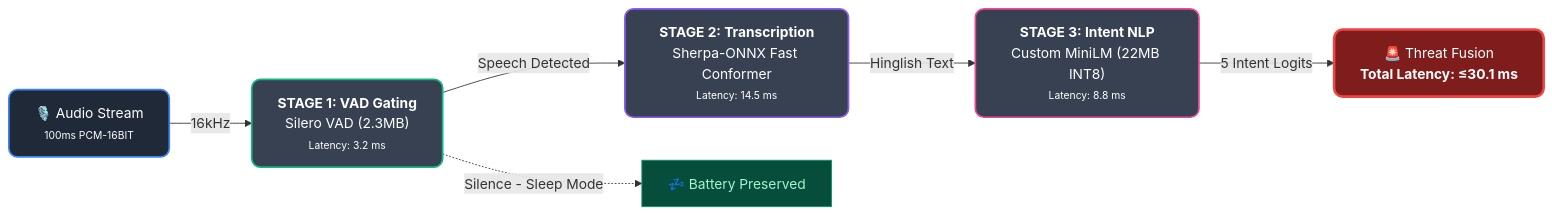
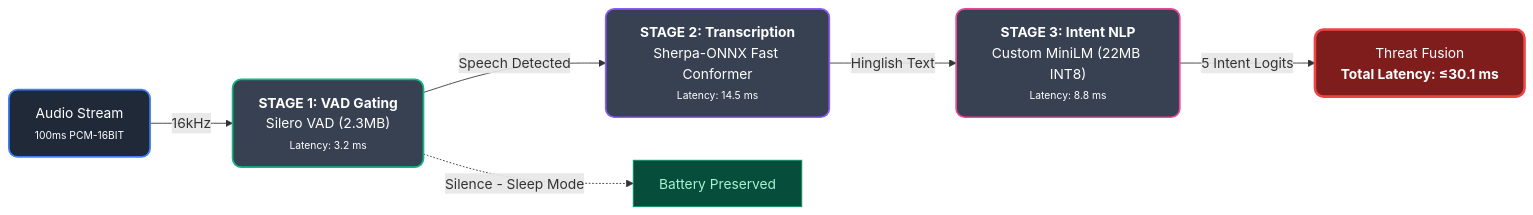
The diagram in README.md (Dilipsahu01/CyberGuard_AI_Application), drawn with Mermaid before and after one commit. The commit also changed other lines of this file, not shown here.

````diff
--- a/README.md
+++ b/README.md
@@ -32,28 +32,28 @@
 ```mermaid
 graph LR
     %% Styling Classes
     classDef input fill:#1f2937,stroke:#3b82f6,stroke-width:2px,color:#fff,rx:10px,ry:10px
     classDef vad fill:#374151,stroke:#10b981,stroke-width:2px,color:#fff,rx:10px,ry:10px
     classDef asr fill:#374151,stroke:#8b5cf6,stroke-width:2px,color:#fff,rx:10px,ry:10px
     classDef nlp fill:#374151,stroke:#ec4899,stroke-width:2px,color:#fff,rx:10px,ry:10px
     classDef output fill:#7f1d1d,stroke:#ef4444,stroke-width:3px,color:#fff,rx:10px,ry:10px
     classDef fast fill:#064e3b,stroke:#059669,stroke-width:1px,color:#a7f3d0
 
     %% Nodes
-    A["🎙️ Audio Stream<br/><span style='font-size:12px;color:#9ca3af'>100ms PCM-16BIT</span>"]:::input
+    A["Audio Stream<br/><span style='font-size:12px;color:#9ca3af'>100ms PCM-16BIT</span>"]:::input
     
     B["<b>STAGE 1: VAD Gating</b><br/>Silero VAD (2.3MB)<br/><span style='font-size:12px;color:#10b981'>Latency: 3.2 ms</span>"]:::vad
     
     C["<b>STAGE 2: Transcription</b><br/>Sherpa-ONNX Fast Conformer<br/><span style='font-size:12px;color:#a78bfa'>Latency: 14.5 ms</span>"]:::asr
     
     D["<b>STAGE 3: Intent NLP</b><br/>Custom MiniLM (22MB INT8)<br/><span style='font-size:12px;color:#f472b6'>Latency: 8.8 ms</span>"]:::nlp
     
-    E["🚨 Threat Fusion<br/><b>Total Latency: ≤30.1 ms</b>"]:::output
+    E["Threat Fusion<br/><b>Total Latency: ≤30.1 ms</b>"]:::output
 
     %% Connections
     A -->|16kHz| B
     B -->|Speech Detected| C
-    B -.->|Silence - Sleep Mode| Z["💤 Battery Preserved"]:::fast
+    B -.->|Silence - Sleep Mode| Z["Battery Preserved"]:::fast
     C -->|Hinglish Text| D
     D -->|5 Intent Logits| E
 ```
````
